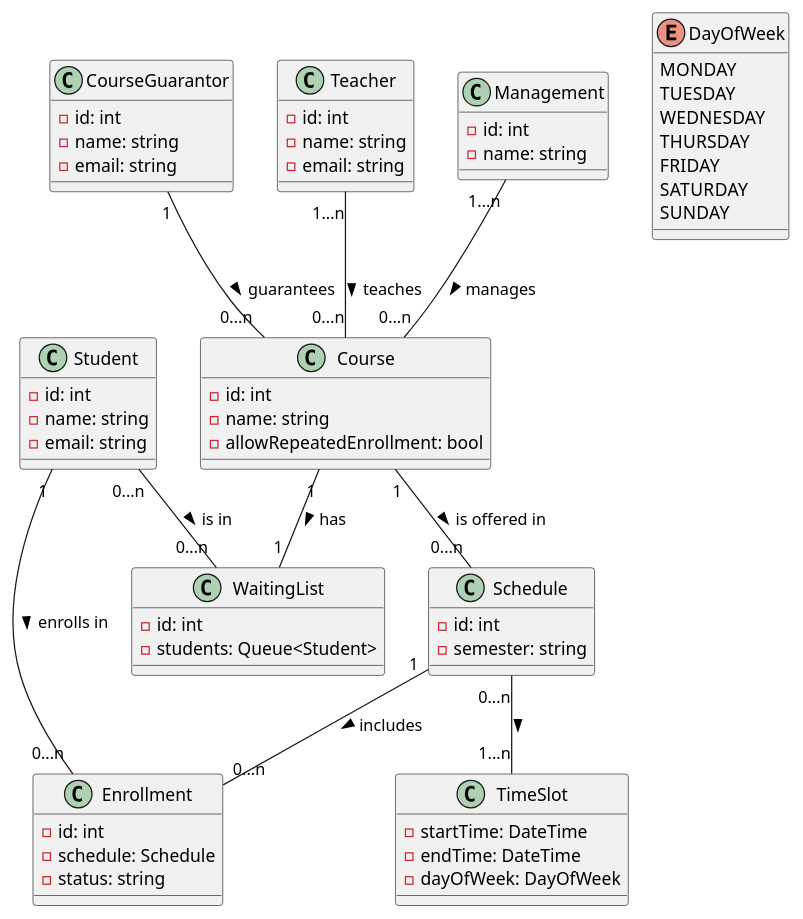
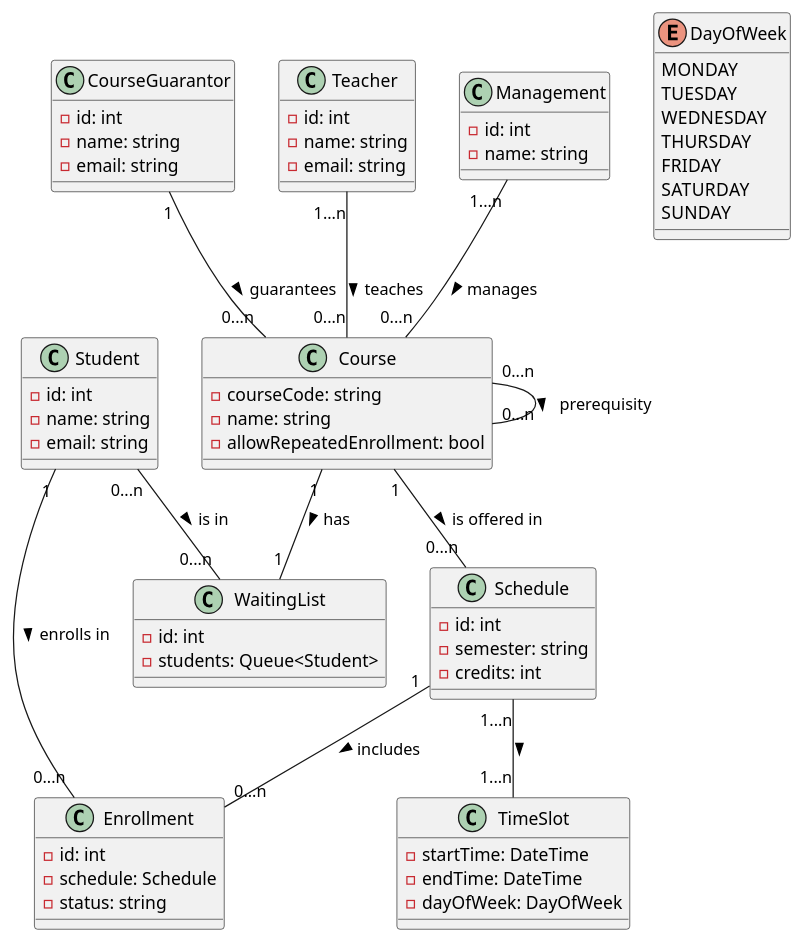
Before and after one commit to matejsubrt/uvod-sw-inz: the second of 2 diagrams in seminar-work-template.md, drawn with PlantUML. The commit also changed other lines of this file, not shown here.

````diff
--- a/seminar-work-template.md
+++ b/seminar-work-template.md
@@ -191,75 +191,77 @@
 ```plantuml
 @startuml
 class Student {
     -id: int
     -name: string
     -email: string
 }
 
 class Course {
-    -id: int
+    -courseCode: string
     -name: string
     -allowRepeatedEnrollment: bool
 }
 
 class Schedule {
     -id: int
     -semester: string
+    -credits: int
 }
 
 class TimeSlot {
   - startTime: DateTime
   - endTime: DateTime
   - dayOfWeek: DayOfWeek
 }
 
 enum DayOfWeek {
   MONDAY
   TUESDAY
   WEDNESDAY
   THURSDAY
   FRIDAY
   SATURDAY
   SUNDAY
 }
 
 class Enrollment {
     -id: int
     -schedule: Schedule
     -status: string
 }
 
 class WaitingList {
     -id: int
     -students: Queue<Student>
 }
 
 class CourseGuarantor {
     -id: int
     -name: string
     -email: string
 }
 
 class Teacher {
     -id: int
     -name: string
     -email: string
 }
 
 class Management {
     -id: int
     -name: string
 }
 
 Student "1" -- "0...n" Enrollment : enrolls in >
 Student "0...n" -- "0...n" WaitingList : is in >
 Course "1" -- "0...n" Schedule : is offered in >
+Course "0...n" -- "0...n" Course : prerequisity >
 CourseGuarantor "1" -- "0...n" Course : guarantees >
 Teacher "1...n" -- "0...n" Course : teaches >
 Management "1...n" -- "0...n" Course : manages >
 Schedule "1" -- "0...n" Enrollment : includes >
 Course "1" -- "1" WaitingList : has >
-Schedule "0...n" -- "1...n" TimeSlot :  >
+Schedule "1...n" -- "1...n" TimeSlot :  >
 @enduml
 
 ```
````
